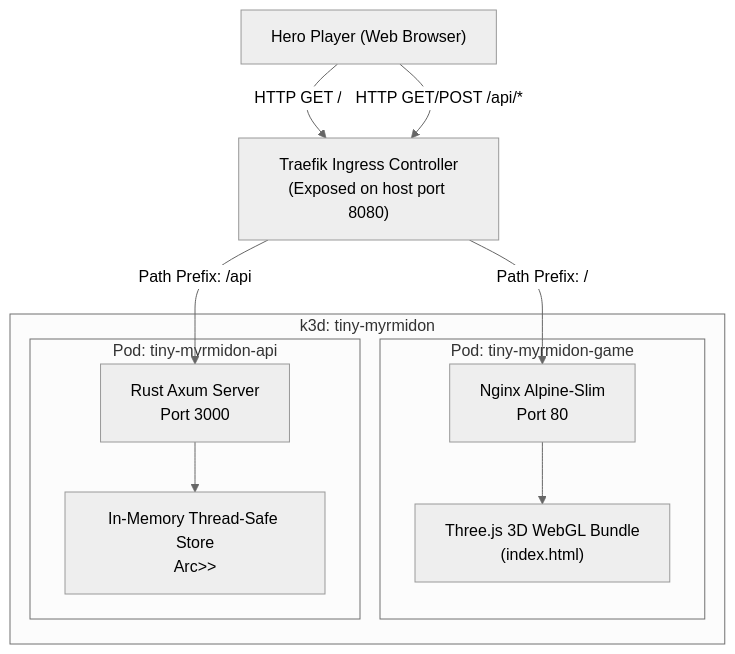
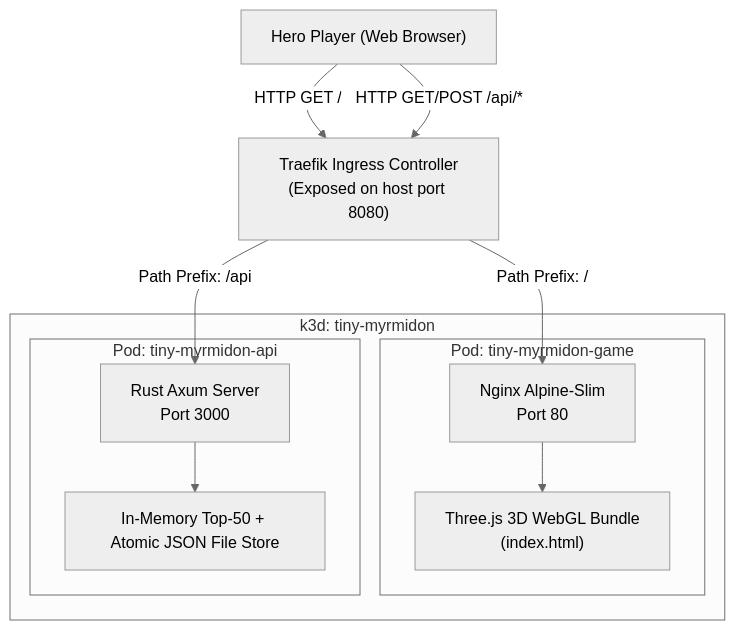
Before and after one commit to joachimlrx/tiny-myrmidon: the diagram in docs/architecture.md, drawn with Mermaid (neutral theme). The commit also changed other lines of this file and 4 other files, not shown here.

Commit message:
docs: document architecture, API trust boundaries, and character asset pipeline

````diff
--- a/docs/architecture.md
+++ b/docs/architecture.md
@@ -11,25 +11,25 @@
 ```mermaid
 graph TD
     User["Hero Player (Web Browser)"]
     Ingress["Traefik Ingress Controller<br/>(Exposed on host port 8080)"]
 
     subgraph Kubernetes Cluster ["k3d: tiny-myrmidon"]
         subgraph FrontendPod ["Pod: tiny-myrmidon-game"]
             Nginx["Nginx Alpine-Slim<br/>Port 80"]
             Static["Three.js 3D WebGL Bundle<br/>(index.html)"]
             Nginx --> Static
         end
 
         subgraph BackendPod ["Pod: tiny-myrmidon-api"]
             Axum["Rust Axum Server<br/>Port 3000"]
-            State["In-Memory Thread-Safe Store<br/>Arc<RwLock<Vec<ScoreEntry>>>"]
+            State["In-Memory Top-50 + Atomic JSON File Store"]
             Axum --> State
         end
     end
 
     User -->|"HTTP GET /"| Ingress
     User -->|"HTTP GET/POST /api/*"| Ingress
 
     Ingress -->|"Path Prefix: /"| Nginx
     Ingress -->|"Path Prefix: /api"| Axum
 ```
````
